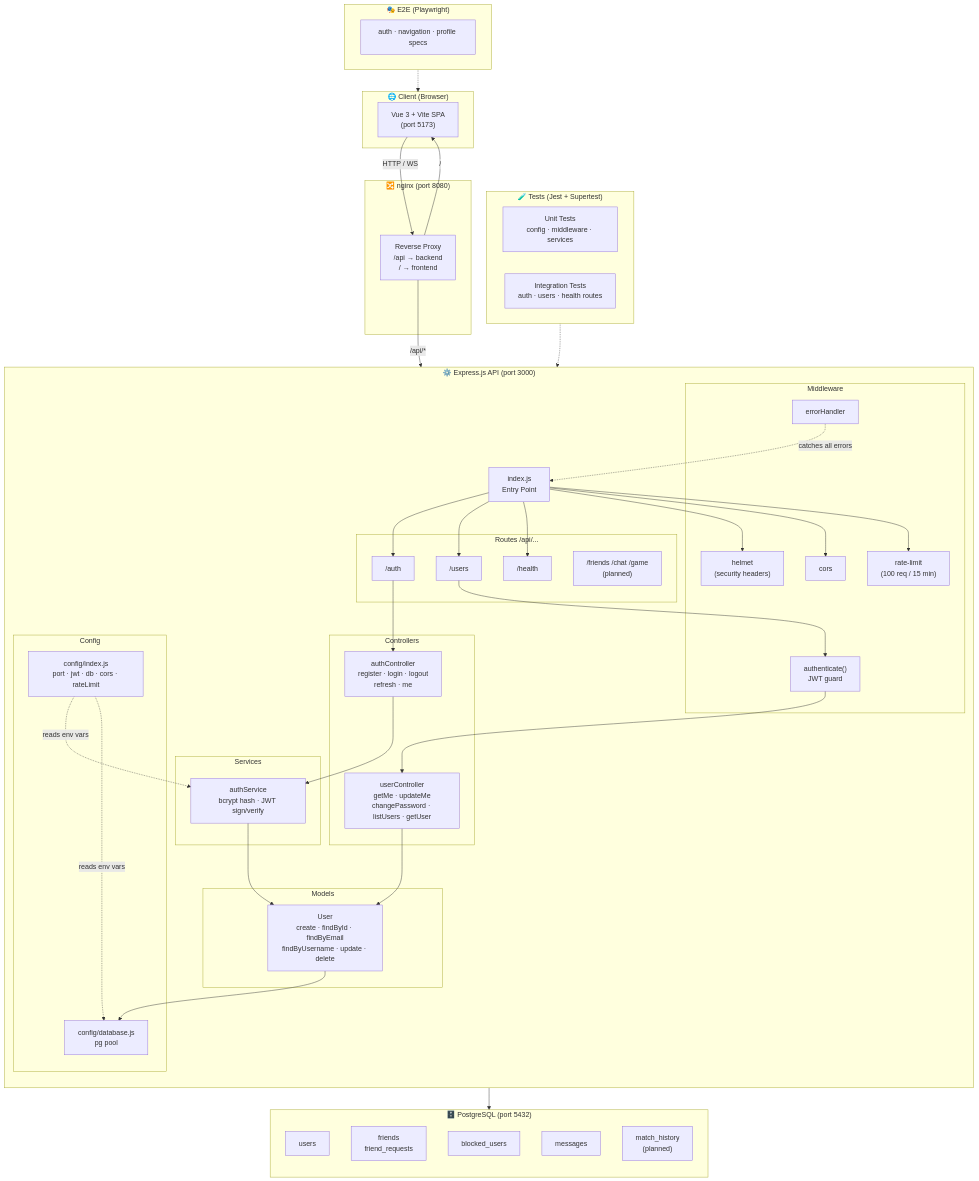
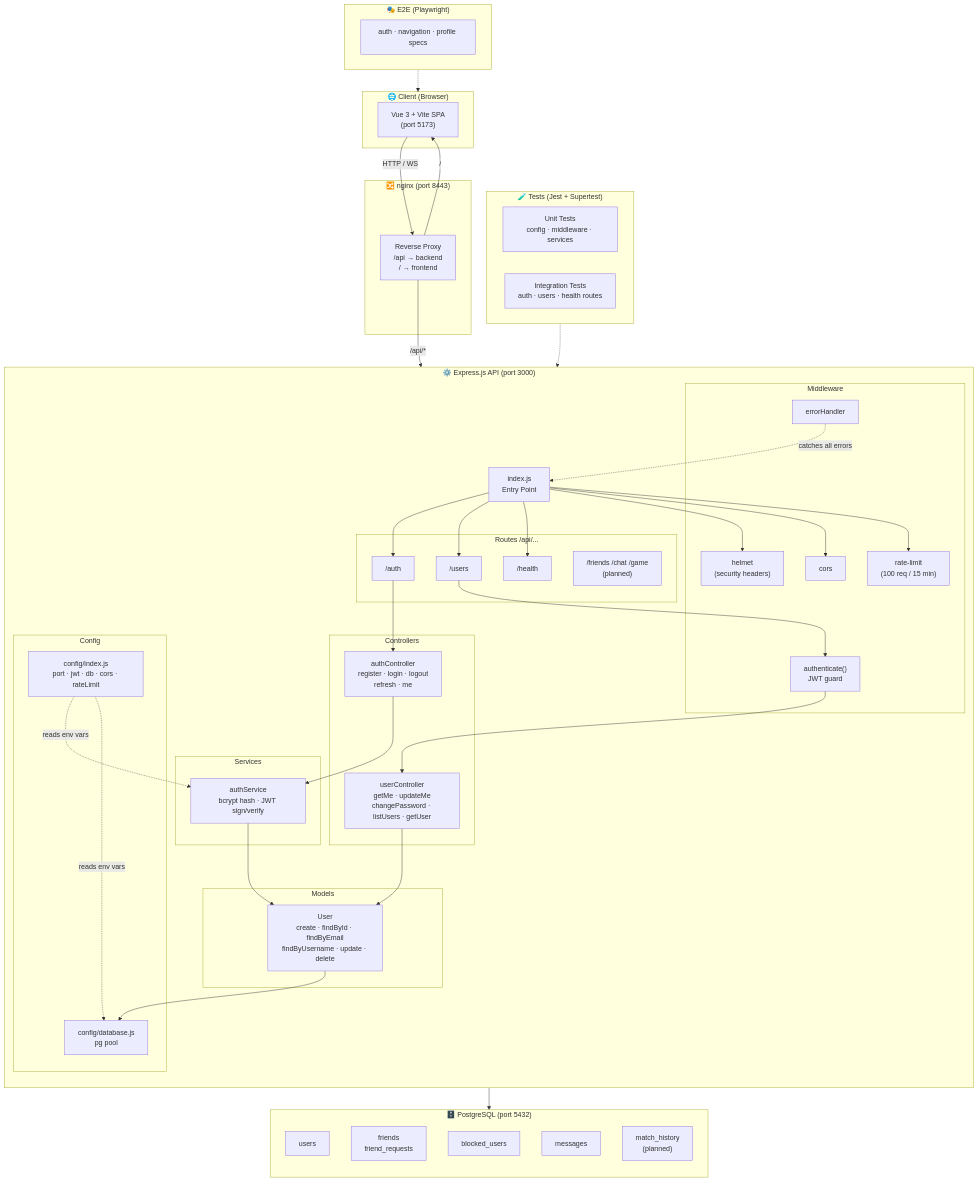
The diagram in backend/README.md (ValGSgit/AlpacaParty-ft_transcendence), drawn with Mermaid before and after one commit. The commit also changed other lines of this file and 27 other files, not shown here.

```diff
--- a/backend/README.md
+++ b/backend/README.md
@@ -184,7 +184,7 @@
         VUE["Vue 3 + Vite SPA\n(port 5173)"]
     end
 
-    subgraph Proxy["🔀 nginx (port 8080)"]
+    subgraph Proxy["🔀 nginx (port 8443)"]
         NGINX["Reverse Proxy\n/api → backend\n/ → frontend"]
     end
 
```
